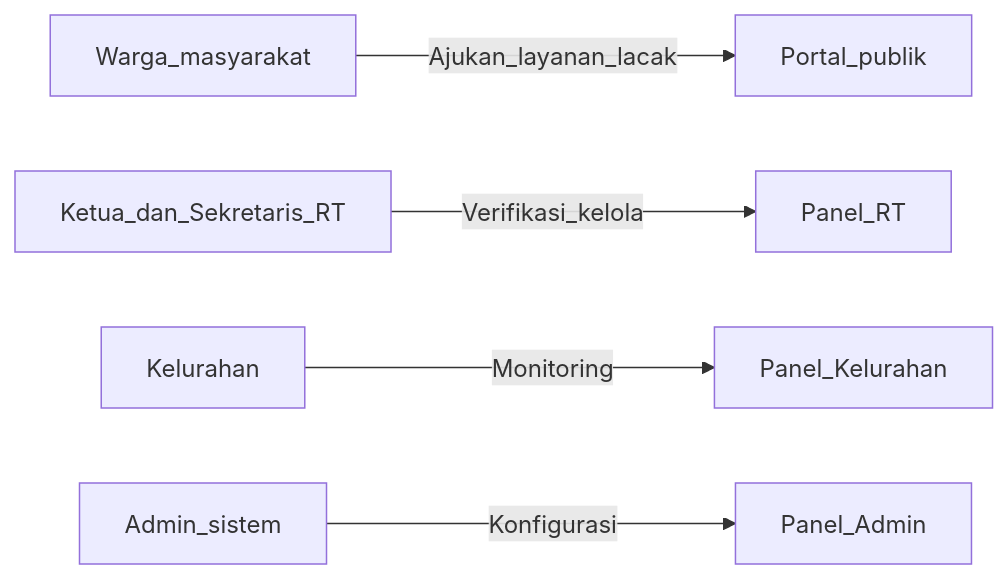
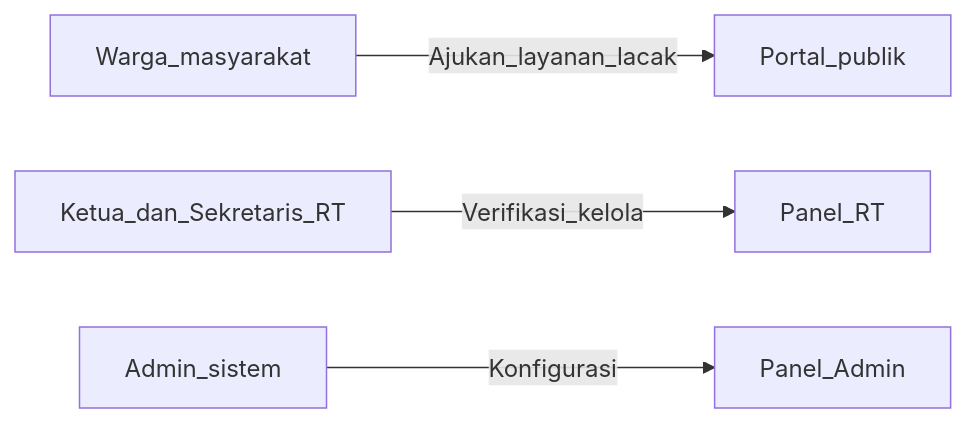
The first of 7 diagrams in docs/RINGKASAN-SISTEM.md (alfon00/wargaupdate), drawn with Mermaid before and after one commit. The commit also changed other lines of this file and 10 other files, not shown here.

````diff
--- a/docs/RINGKASAN-SISTEM.md
+++ b/docs/RINGKASAN-SISTEM.md
@@ -75,12 +75,10 @@
 ```mermaid
 flowchart LR
     Warga[Warga_masyarakat]
     RT[Ketua_dan_Sekretaris_RT]
-    Kel[Kelurahan]
     Admin[Admin_sistem]
 
     Warga -->|Ajukan_layanan_lacak| Portal[Portal_publik]
     RT -->|Verifikasi_kelola| PanelRT[Panel_RT]
-    Kel -->|Monitoring| PanelKel[Panel_Kelurahan]
     Admin -->|Konfigurasi| PanelAdmin[Panel_Admin]
 ```
````
